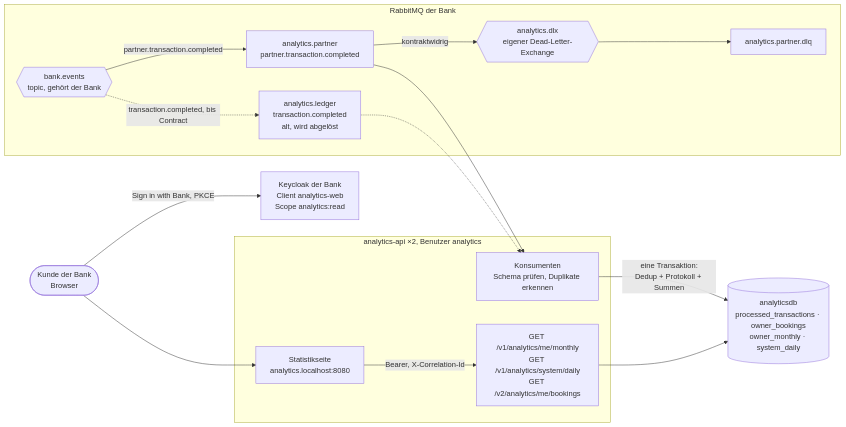
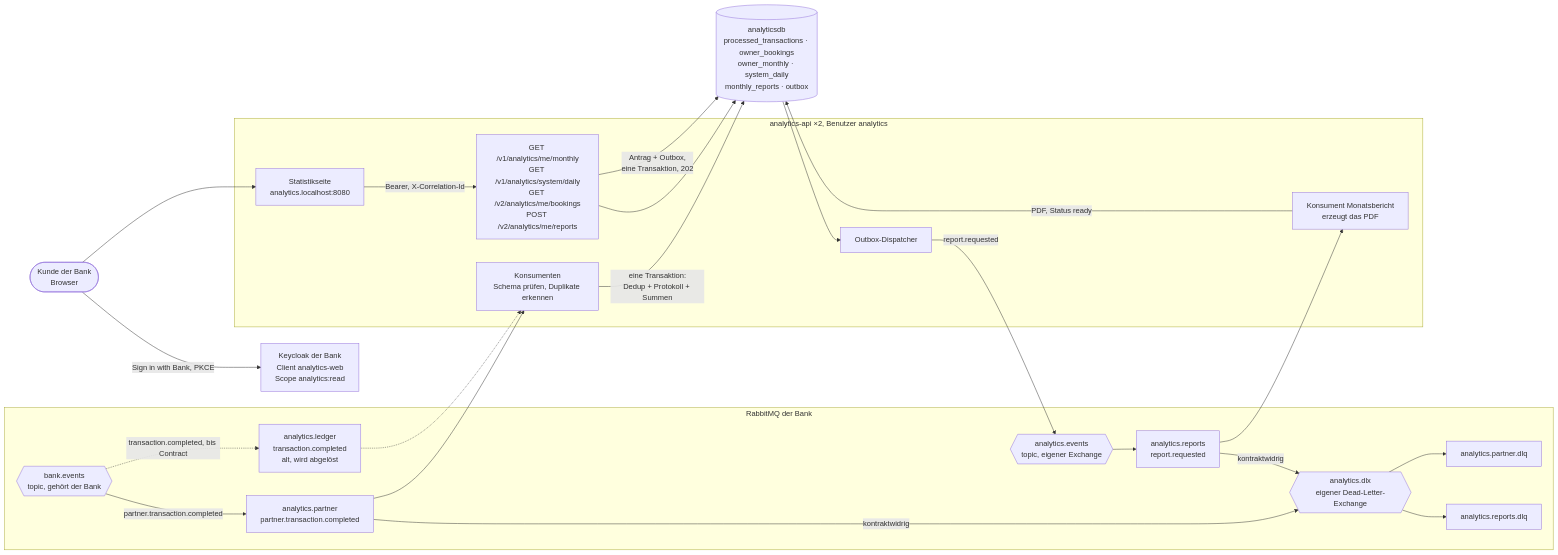
Before and after one commit to Leart165/321_leart: the diagram in README.md, drawn with Mermaid. The commit also changed other lines of this file and 73 other files, not shown here.

First line of the commit message:
Add monthly PDF report via own exchange analytics.events

````diff
--- a/README.md
+++ b/README.md
@@ -9,32 +9,41 @@
 ```mermaid
 flowchart LR
     kunde(["Kunde der Bank<br/>Browser"])
     kc["Keycloak der Bank<br/>Client analytics-web<br/>Scope analytics:read"]
 
     subgraph broker["RabbitMQ der Bank"]
         ex{{"bank.events<br/>topic, gehört der Bank"}}
         partner["analytics.partner<br/>partner.transaction.completed"]
         ledger["analytics.ledger<br/>transaction.completed<br/>alt, wird abgelöst"]
         dlx{{"analytics.dlx<br/>eigener Dead-Letter-Exchange"}}
         pdlq["analytics.partner.dlq"]
+        aev{{"analytics.events<br/>topic, eigener Exchange"}}
+        reports["analytics.reports<br/>report.requested"]
+        rdlq["analytics.reports.dlq"]
     end
 
     subgraph dienst["analytics-api ×2, Benutzer analytics"]
         consumer["Konsumenten<br/>Schema prüfen, Duplikate erkennen"]
-        api["GET /v1/analytics/me/monthly<br/>GET /v1/analytics/system/daily<br/>GET /v2/analytics/me/bookings"]
+        api["GET /v1/analytics/me/monthly<br/>GET /v1/analytics/system/daily<br/>GET /v2/analytics/me/bookings<br/>POST /v2/analytics/me/reports"]
+        outbox["Outbox-Dispatcher"]
+        pdf["Konsument Monatsbericht<br/>erzeugt das PDF"]
         web["Statistikseite<br/>analytics.localhost:8080"]
     end
 
-    db[("analyticsdb<br/>processed_transactions · owner_bookings<br/>owner_monthly · system_daily")]
+    db[("analyticsdb<br/>processed_transactions · owner_bookings<br/>owner_monthly · system_daily<br/>monthly_reports · outbox")]
 
     ex -->|"partner.transaction.completed"| partner
     ex -.->|"transaction.completed, bis Contract"| ledger
     partner --> consumer
     ledger -.-> consumer
     partner -->|"kontraktwidrig"| dlx --> pdlq
     consumer -->|"eine Transaktion:<br/>Dedup + Protokoll + Summen"| db
     kunde -->|"Sign in with Bank, PKCE"| kc
     kunde --> web
     web -->|"Bearer, X-Correlation-Id"| api
     api --> db
+    api -->|"Antrag + Outbox,<br/>eine Transaktion, 202"| db
+    db --> outbox -->|"report.requested"| aev --> reports --> pdf
+    reports -->|"kontraktwidrig"| dlx --> rdlq
+    pdf -->|"PDF, Status ready"| db
 ```
````
